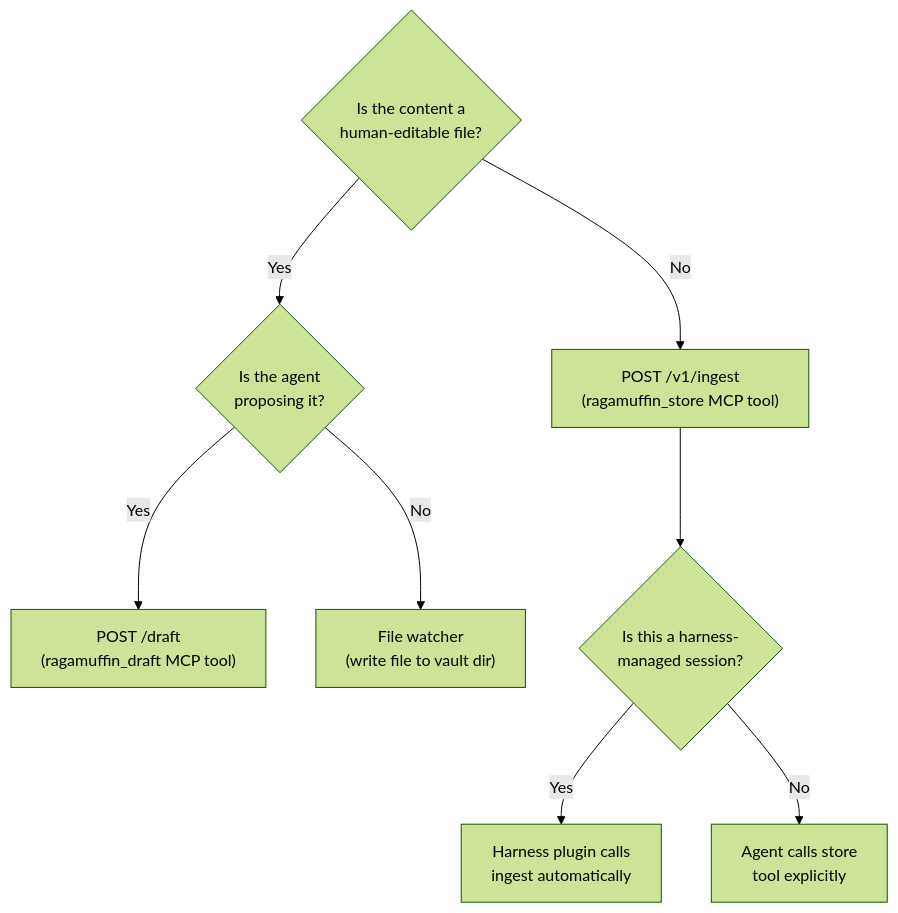
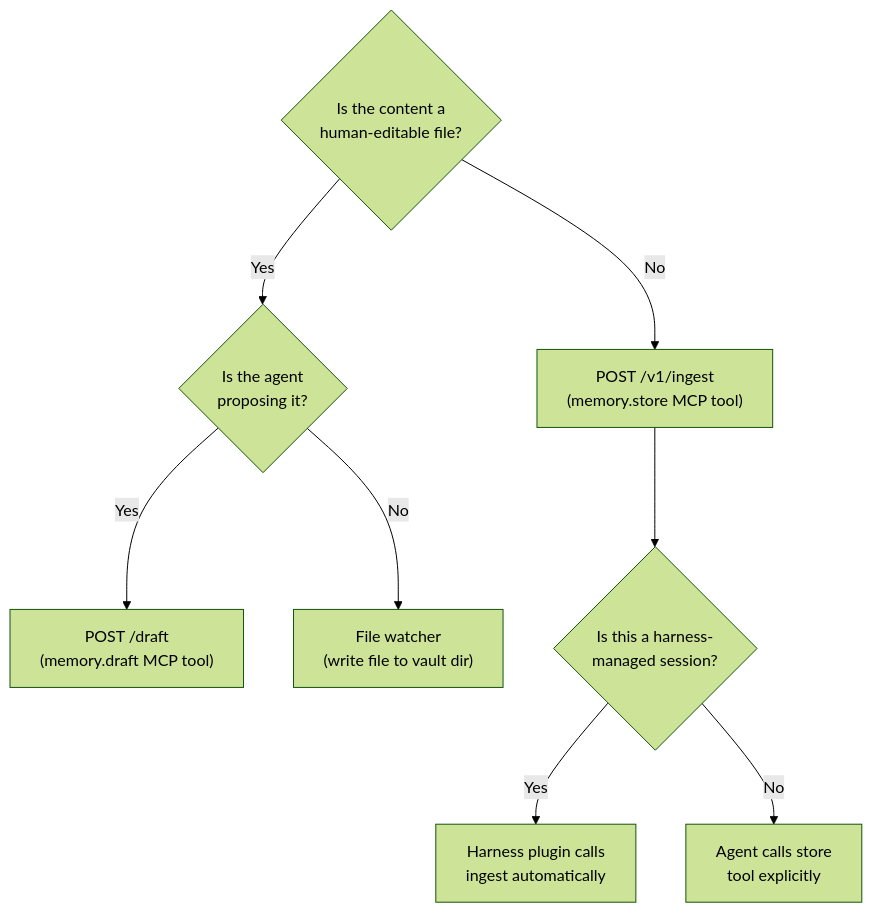
One commit to chezgoulet/ragamuffin changed the fourth of 4 diagrams in README.md. Above: the diagram before and after it, drawn with Mermaid (forest theme). The commit also changed other lines of this file and 15 other files, not shown here.

Commit message:
v0.10.0: rename tool names ragamuffin_* → memory.* across all adapters, tests, docs

````diff
--- a/README.md
+++ b/README.md
@@ -313,11 +313,11 @@
 ```mermaid
 flowchart TD
     Q{"Is the content a<br/>human-editable file?"}
     Q -->|Yes| Q2{"Is the agent<br/>proposing it?"}
-    Q -->|No| I["POST /v1/ingest<br/>(ragamuffin_store MCP tool)"]
-    Q2 -->|Yes| D["POST /draft<br/>(ragamuffin_draft MCP tool)"]
+    Q -->|No| I["POST /v1/ingest<br/>(memory.store MCP tool)"]
+    Q2 -->|Yes| D["POST /draft<br/>(memory.draft MCP tool)"]
     Q2 -->|No| W["File watcher<br/>(write file to vault dir)"]
     I --> Q3{"Is this a harness-<br/>managed session?"}
     Q3 -->|Yes| HP["Harness plugin calls<br/>ingest automatically"]
     Q3 -->|No| AC["Agent calls store<br/>tool explicitly"]
 ```
````
